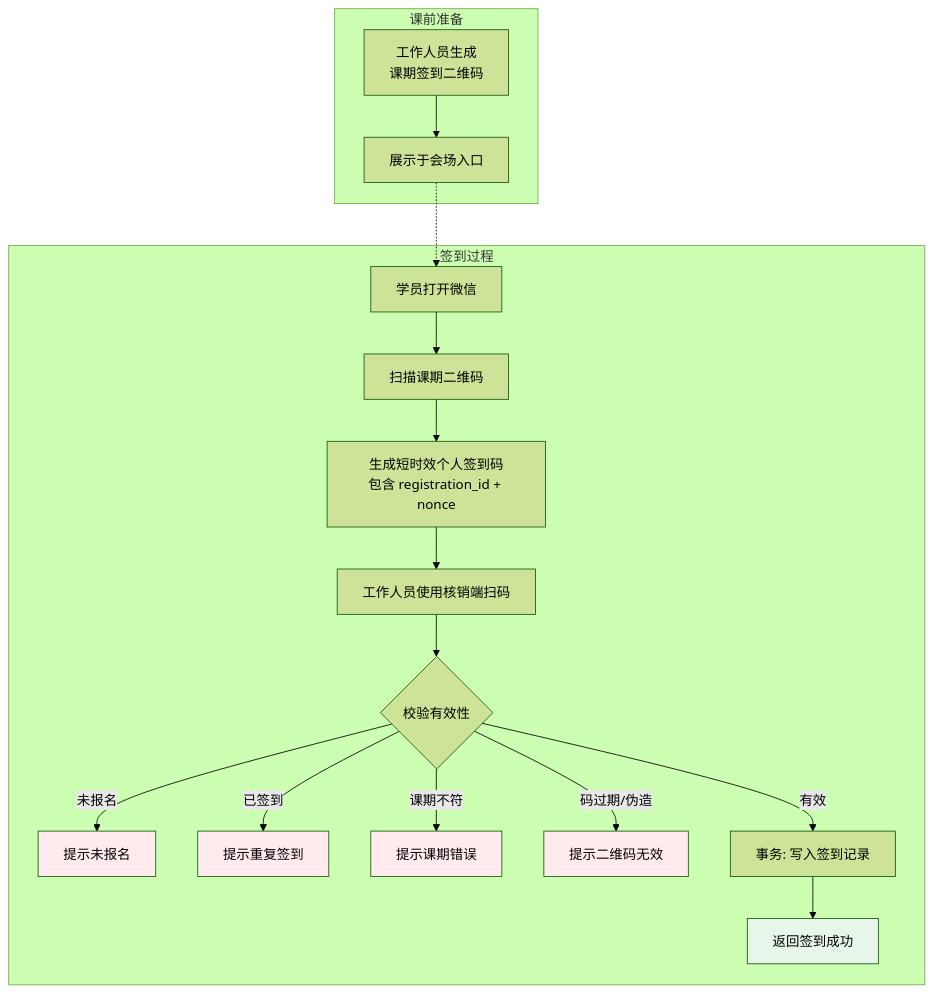
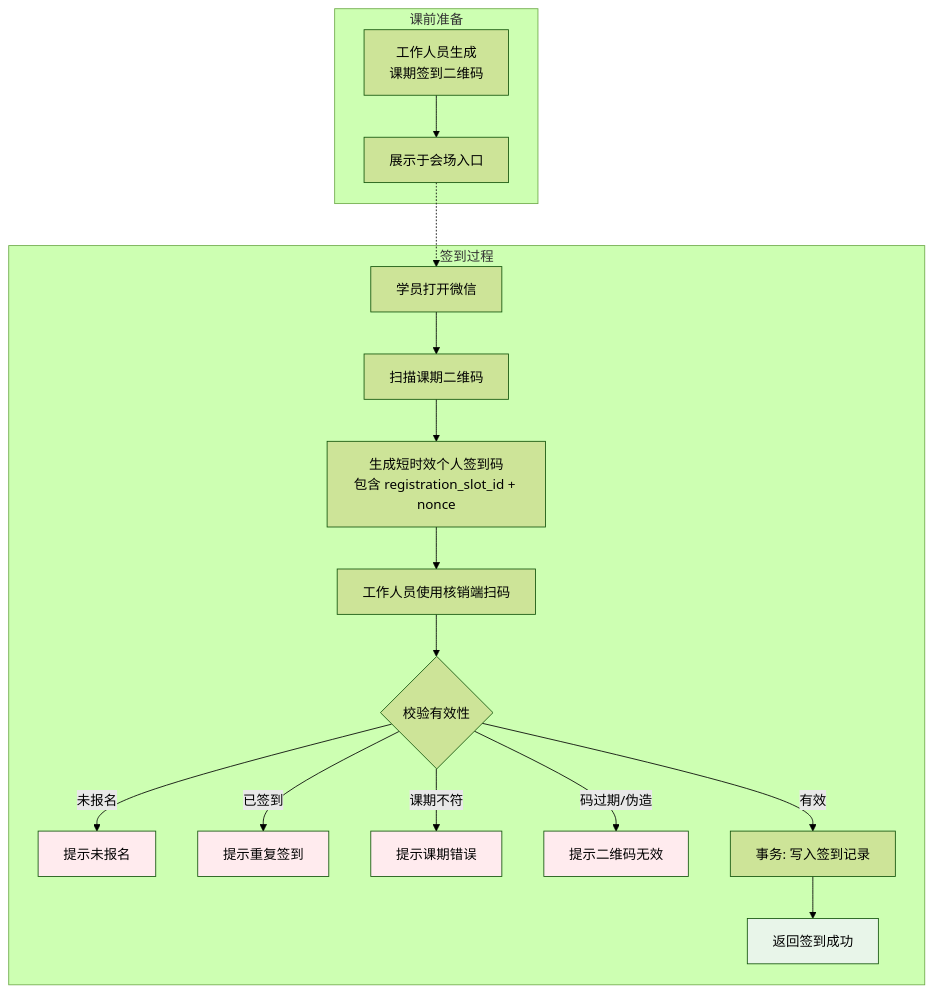
One commit to zingxy/side-job changed the sixth of 9 diagrams in 课程培训平台/PRD.md. Above: the diagram before and after it, drawn with Mermaid (forest theme). The commit also changed other lines of this file, not shown here.

````diff
--- a/课程培训平台/PRD.md
+++ b/课程培训平台/PRD.md
@@ -664,28 +709,28 @@
 ```mermaid
 flowchart TD
     subgraph 课前准备
         A[工作人员生成<br/>课期签到二维码] --> B[展示于会场入口]
     end
 
     subgraph 签到过程
         C[学员打开微信] --> D[扫描课期二维码]
-        D --> E[生成短时效个人签到码<br/>包含 registration_id + nonce]
+        D --> E[生成短时效个人签到码<br/>包含 registration_slot_id + nonce]
         E --> F[工作人员使用核销端扫码]
         F --> G{校验有效性}
 
         G -->|未报名| H[提示未报名]
         G -->|已签到| I[提示重复签到]
         G -->|课期不符| J[提示课期错误]
         G -->|码过期/伪造| M[提示二维码无效]
         G -->|有效| K[事务: 写入签到记录]
         K --> L[返回签到成功]
     end
 
     B -.-> C
 
     style H fill:#ffebee
     style I fill:#ffebee
     style J fill:#ffebee
     style M fill:#ffebee
     style L fill:#e8f5e9
 ```
````
